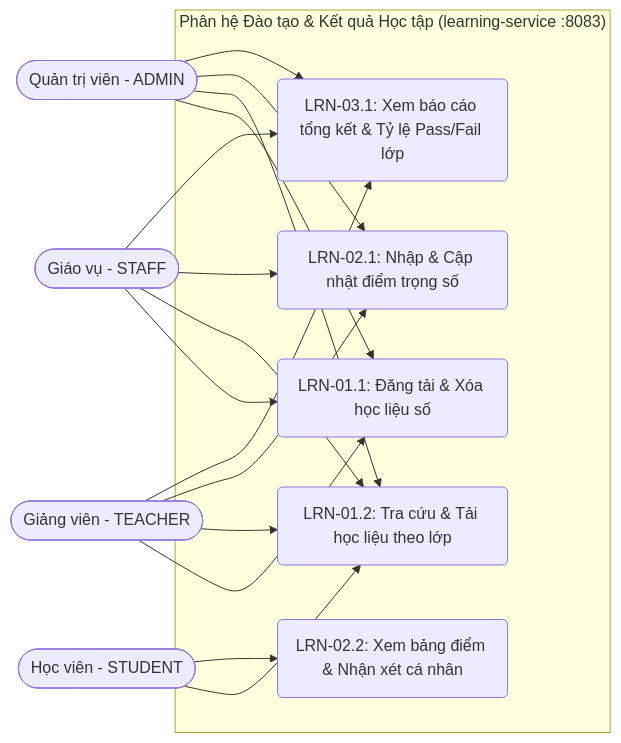
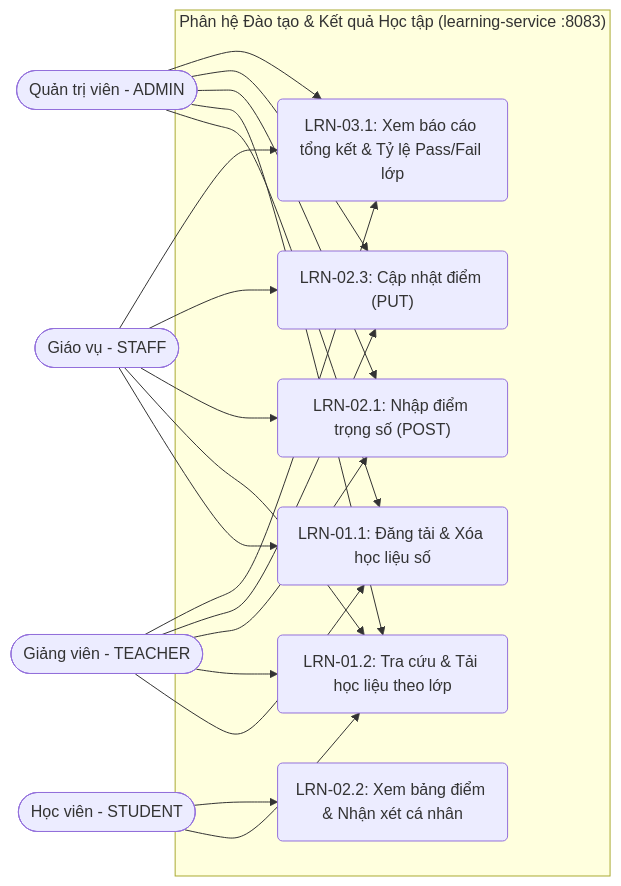
The first of 8 diagrams in services/learning/docs/learning-uml-spec.md (TamDaE2k5/english_center), drawn with Mermaid before and after one commit. The commit also changed other lines of this file and 26 other files, not shown here.

````diff
--- a/services/learning/docs/learning-uml-spec.md
+++ b/services/learning/docs/learning-uml-spec.md
@@ -6,33 +7,37 @@
 ```mermaid
 flowchart LR
     Admin([Quản trị viên - ADMIN])
     Staff([Giáo vụ - STAFF])
     Teacher([Giảng viên - TEACHER])
     Student([Học viên - STUDENT])
 
     subgraph Boundary_Learning_Service ["Phân hệ Đào tạo & Kết quả Học tập (learning-service :8083)"]
         UC_LRN_01_1("LRN-01.1: Đăng tải & Xóa học liệu số")
         UC_LRN_01_2("LRN-01.2: Tra cứu & Tải học liệu theo lớp")
-        UC_LRN_02_1("LRN-02.1: Nhập & Cập nhật điểm trọng số")
+        UC_LRN_02_1("LRN-02.1: Nhập điểm trọng số (POST)")
+        UC_LRN_02_3("LRN-02.3: Cập nhật điểm (PUT)")
         UC_LRN_02_2("LRN-02.2: Xem bảng điểm & Nhận xét cá nhân")
         UC_LRN_03_1("LRN-03.1: Xem báo cáo tổng kết & Tỷ lệ Pass/Fail lớp")
     end
 
     Student --> UC_LRN_01_2
     Student --> UC_LRN_02_2
 
     Teacher --> UC_LRN_01_1
     Teacher --> UC_LRN_01_2
     Teacher --> UC_LRN_02_1
+    Teacher --> UC_LRN_02_3
     Teacher --> UC_LRN_03_1
 
     Staff --> UC_LRN_01_1
     Staff --> UC_LRN_01_2
     Staff --> UC_LRN_02_1
+    Staff --> UC_LRN_02_3
     Staff --> UC_LRN_03_1
 
     Admin --> UC_LRN_01_1
     Admin --> UC_LRN_01_2
     Admin --> UC_LRN_02_1
+    Admin --> UC_LRN_02_3
     Admin --> UC_LRN_03_1
 ```
````
